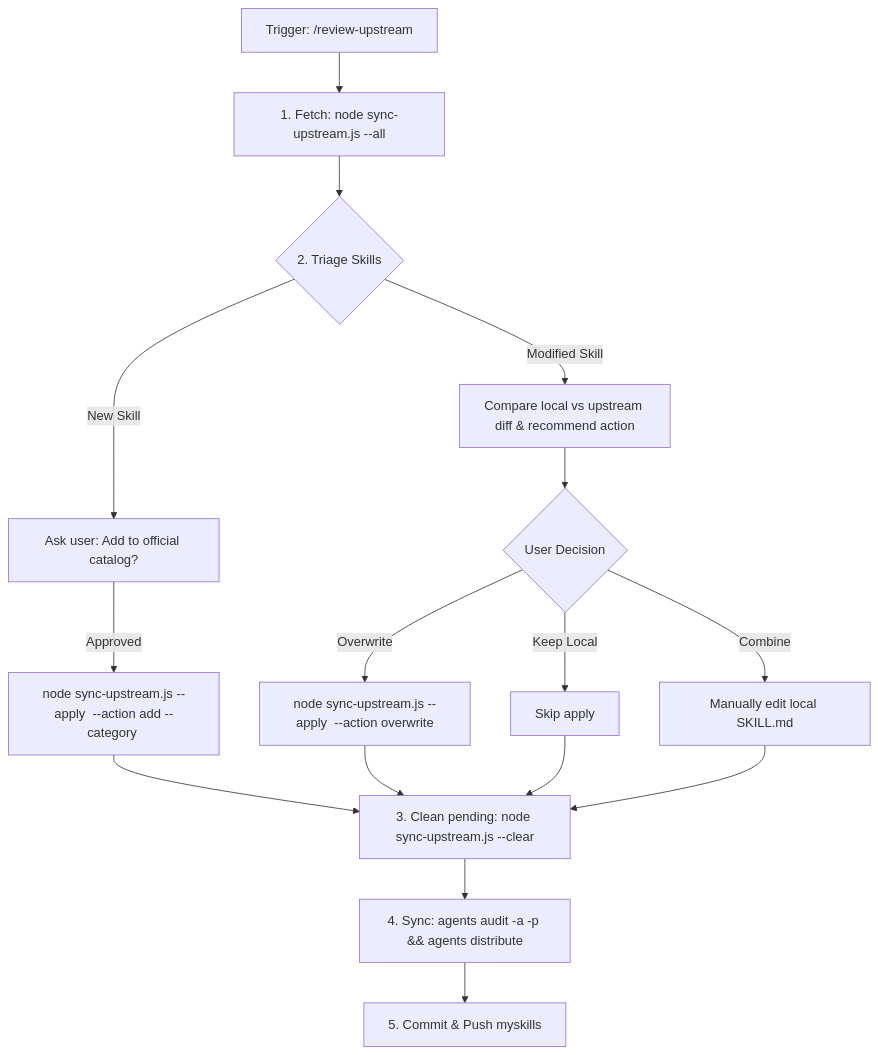
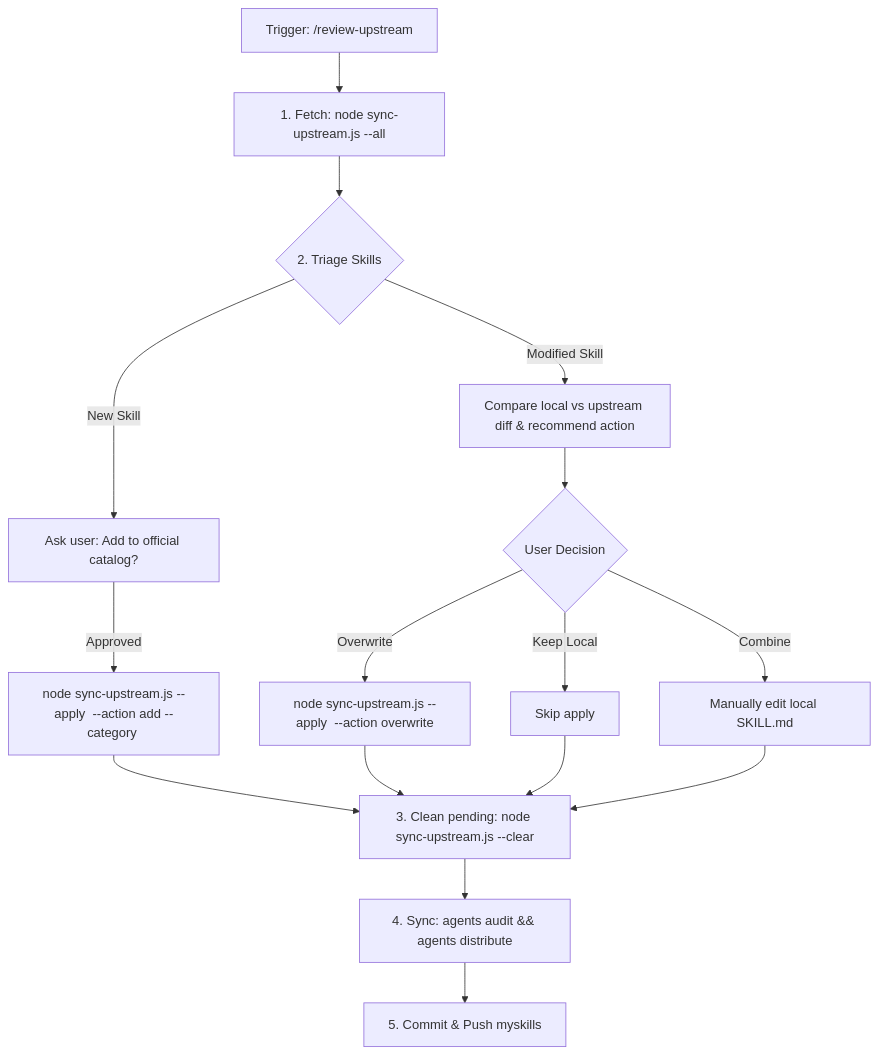
The diagram in productivity/review-upstream/SKILL.md (loerei/myskills), drawn with Mermaid before and after one commit. The commit also changed other lines of this file and 3 other files, not shown here.

````diff
--- a/productivity/review-upstream/SKILL.md
+++ b/productivity/review-upstream/SKILL.md
@@ -12,23 +12,23 @@
 ```mermaid
 flowchart TD
     Start["Trigger: /review-upstream"] --> Fetch["1. Fetch: node sync-upstream.js --all"]
     Fetch --> Triage{"2. Triage Skills"}
     
     Triage -->|"New Skill"| AskNew["Ask user: Add to official catalog?"]
     Triage -->|"Modified Skill"| DiffCheck["Compare local vs upstream diff & recommend action"]
     
     AskNew -->|"Approved"| ApplyAdd["node sync-upstream.js --apply <name> --action add --category <cat>"]
     
     DiffCheck --> Choice{"User Decision"}
     Choice -->|"Overwrite"| ApplyOverwrite["node sync-upstream.js --apply <name> --action overwrite"]
     Choice -->|"Keep Local"| Skip["Skip apply"]
     Choice -->|"Combine"| ManualMerge["Manually edit local SKILL.md"]
     
     ApplyAdd --> Cleanup["3. Clean pending: node sync-upstream.js --clear"]
     ApplyOverwrite --> Cleanup
     Skip --> Cleanup
     ManualMerge --> Cleanup
     
-    Cleanup --> Sync["4. Sync: agents audit -a -p && agents distribute"]
+    Cleanup --> Sync["4. Sync: agents audit && agents distribute"]
     Sync --> Git["5. Commit & Push myskills"]
 ```
````
